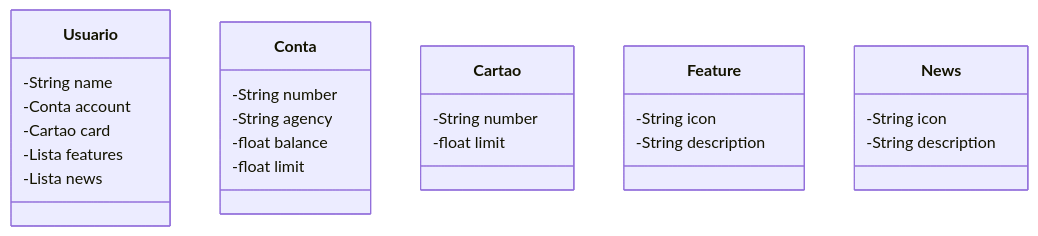
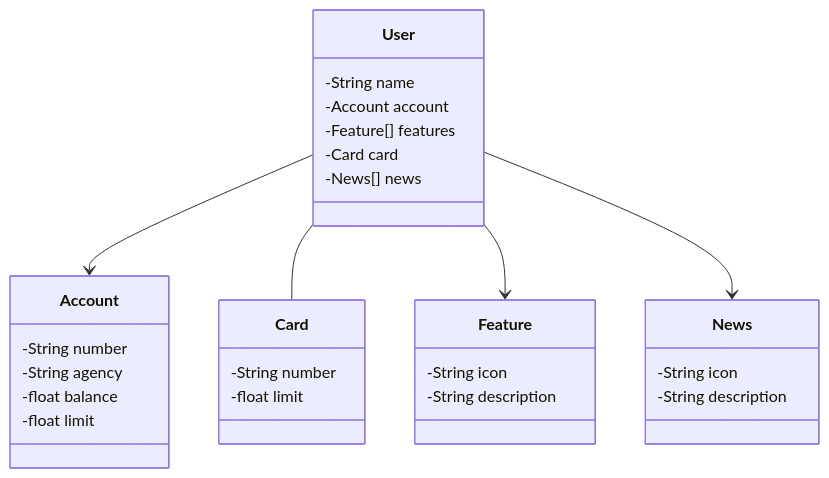
The diagram in README.md (WFrauches89/projeto-spring-web-api), drawn with Mermaid before and after one commit. The commit also changed other lines of this file, not shown here.

````diff
--- a/README.md
+++ b/README.md
@@ -5,32 +5,38 @@
 ```mermaid
 classDiagram
-    class Usuario {
+    class User {
         -String name
-        -Conta account
-        -Cartao card
-        -Lista<Feature> features
-        -Lista<News> news
+        -Account account
+        -Feature[] features
+        -Card card
+        -News[] news
     }
     
-    class Conta {
+    class Account {
         -String number
         -String agency
         -float balance
         -float limit
     }
     
-    class Cartao {
+    class Card {
         -String number
         -float limit
     }
     
     class Feature {
         -String icon
         -String description
     }
     
     class News {
         -String icon
         -String description
     }
+
+    User --> Account
+    User -- Card
+    User --> Feature
+    User --> News
+
 ```
````
